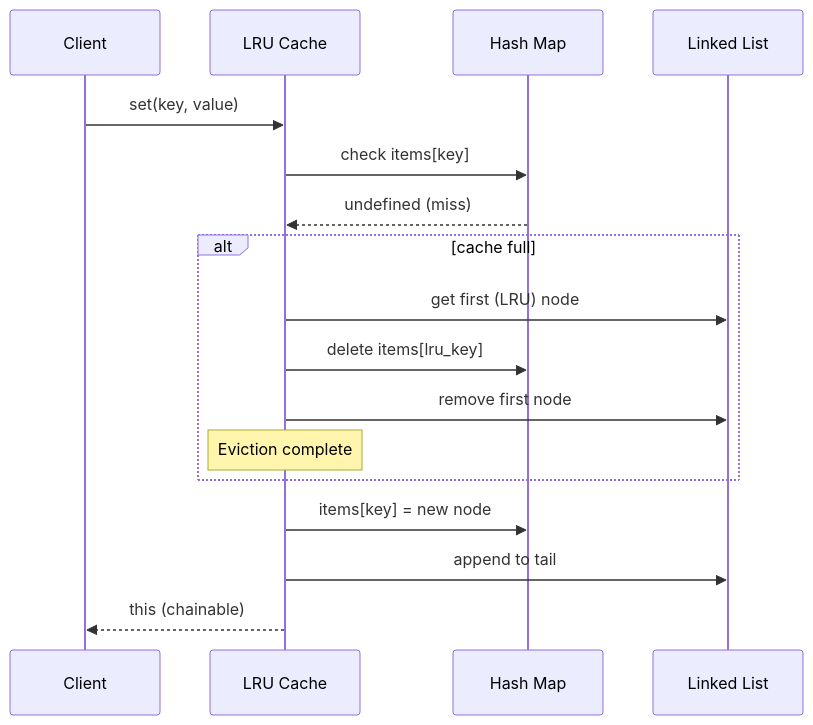
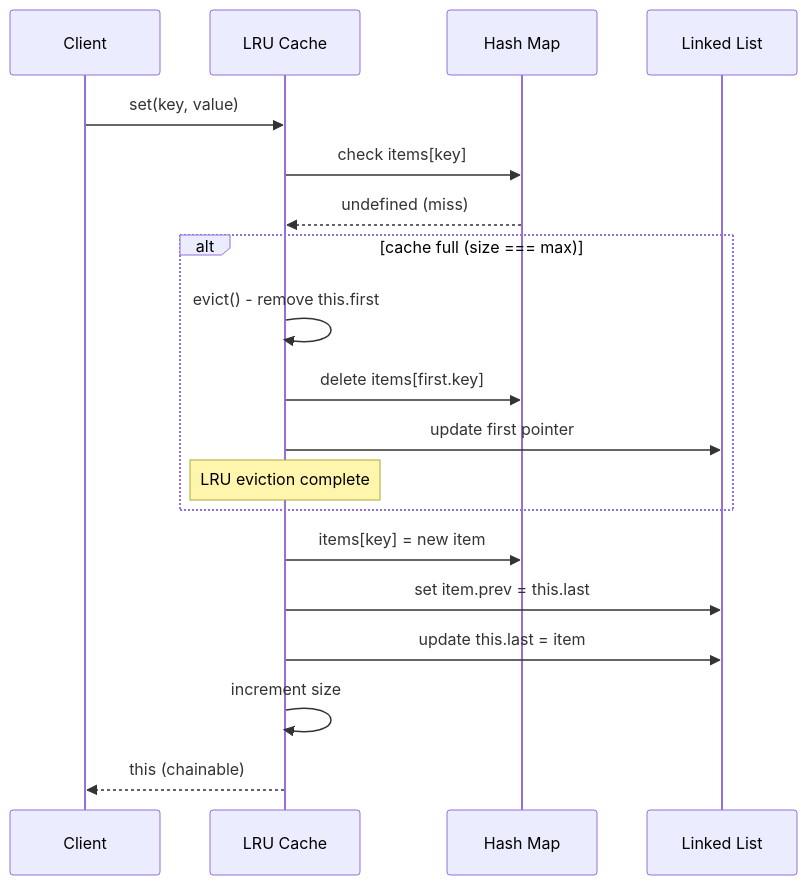
Before and after one commit to avoidwork/tiny-lru: the third of 5 diagrams in docs/TECHNICAL_DOCUMENTATION.md, drawn with Mermaid. The commit also changed other lines of this file and 15 other files, not shown here.

````diff
--- a/docs/TECHNICAL_DOCUMENTATION.md
+++ b/docs/TECHNICAL_DOCUMENTATION.md
@@ -84,22 +93,24 @@
 ```mermaid
 sequenceDiagram
     participant Client
     participant LRU as LRU Cache
     participant HashMap as Hash Map
     participant LinkedList as Linked List
     
     Client->>LRU: set(key, value)
     LRU->>HashMap: check items[key]
     HashMap-->>LRU: undefined (miss)
     
-    alt cache full
-        LRU->>LinkedList: get first (LRU) node
-        LRU->>HashMap: delete items[lru_key]
-        LRU->>LinkedList: remove first node
-        Note over LRU: Eviction complete
+    alt cache full (size === max)
+        LRU->>LRU: evict() - remove this.first
+        LRU->>HashMap: delete items[first.key]
+        LRU->>LinkedList: update first pointer
+        Note over LRU: LRU eviction complete
     end
     
-    LRU->>HashMap: items[key] = new node
-    LRU->>LinkedList: append to tail
+    LRU->>HashMap: items[key] = new item
+    LRU->>LinkedList: set item.prev = this.last
+    LRU->>LinkedList: update this.last = item
+    LRU->>LRU: increment size
     LRU-->>Client: this (chainable)
 ```
````
